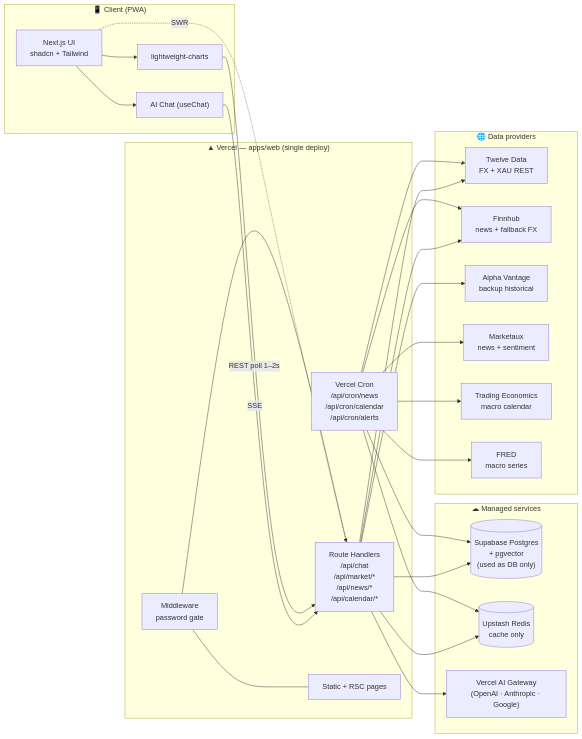
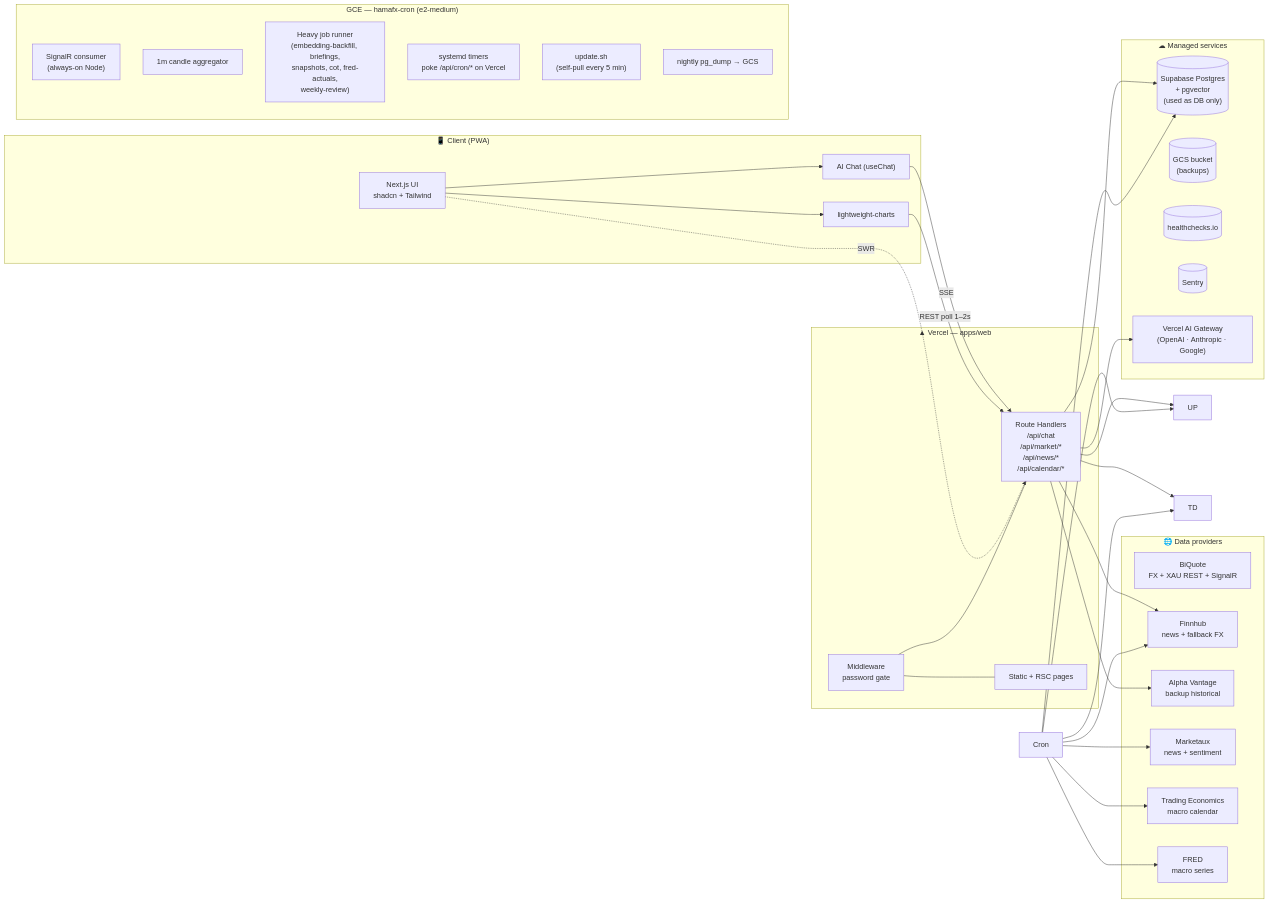
The first of 5 diagrams in docs/01-architecture.md (HamaFx/Kestrel), drawn with Mermaid before and after one commit. The commit also changed other lines of this file and 4 other files, not shown here.

First line of the commit message:
docs(infra): phase 8 roadmap tick + steering update (phase 8 PR-20)

````diff
--- a/docs/01-architecture.md
+++ b/docs/01-architecture.md
@@ -7,54 +7,64 @@
 ```mermaid
 flowchart LR
     subgraph Client["📱 Client (PWA)"]
         UI["Next.js UI<br/>shadcn + Tailwind"]
         Chart["lightweight-charts"]
         Chat["AI Chat (useChat)"]
     end
 
-    subgraph Vercel["▲ Vercel — apps/web (single deploy)"]
+    subgraph Vercel["▲ Vercel — apps/web"]
         RH["Route Handlers<br/>/api/chat<br/>/api/market/*<br/>/api/news/*<br/>/api/calendar/*"]
         MW["Middleware<br/>password gate"]
-        Cron["Vercel Cron<br/>/api/cron/news<br/>/api/cron/calendar<br/>/api/cron/alerts"]
         ISR["Static + RSC pages"]
+    end
+
+    subgraph VM["GCE — hamafx-cron (e2-medium)"]
+        SR["SignalR consumer<br/>(always-on Node)"]
+        Agg["1m candle aggregator"]
+        Heavy["Heavy job runner<br/>(embedding-backfill, briefings,<br/>snapshots, cot, fred-actuals,<br/>weekly-review)"]
+        Light["systemd timers<br/>poke /api/cron/* on Vercel"]
+        Updater["update.sh<br/>(self-pull every 5 min)"]
+        Backup["nightly pg_dump → GCS"]
     end
 
     subgraph Managed["☁ Managed services"]
         SB[("Supabase Postgres<br/>+ pgvector<br/>(used as DB only)")]
-        UP[("Upstash Redis<br/>cache only")]
+        GCS[("GCS bucket<br/>(backups)")]
+        HC[("healthchecks.io")]
+        Sentry[("Sentry")]
         GW["Vercel AI Gateway<br/>(OpenAI · Anthropic · Google)"]
     end
 
     subgraph Providers["🌐 Data providers"]
-        TD["Twelve Data<br/>FX + XAU REST"]
+        BQ["BiQuote<br/>FX + XAU REST + SignalR"]
         FH["Finnhub<br/>news + fallback FX"]
         AV["Alpha Vantage<br/>backup historical"]
         MX["Marketaux<br/>news + sentiment"]
         TE["Trading Economics<br/>macro calendar"]
         FRED["FRED<br/>macro series"]
     end
 
     UI --> Chat
     UI --> Chart
     Chat -->|SSE| RH
     Chart -->|REST poll 1–2s| RH
     UI -.SWR.-> RH
 
     MW --- RH
     MW --- ISR
 
     RH --> GW
     RH --> SB
     RH --> UP
     RH --> TD
     RH --> FH
     RH --> AV
 
     Cron --> TD
     Cron --> MX
     Cron --> FH
     Cron --> TE
     Cron --> FRED
     Cron --> SB
     Cron --> UP
 ```
````
